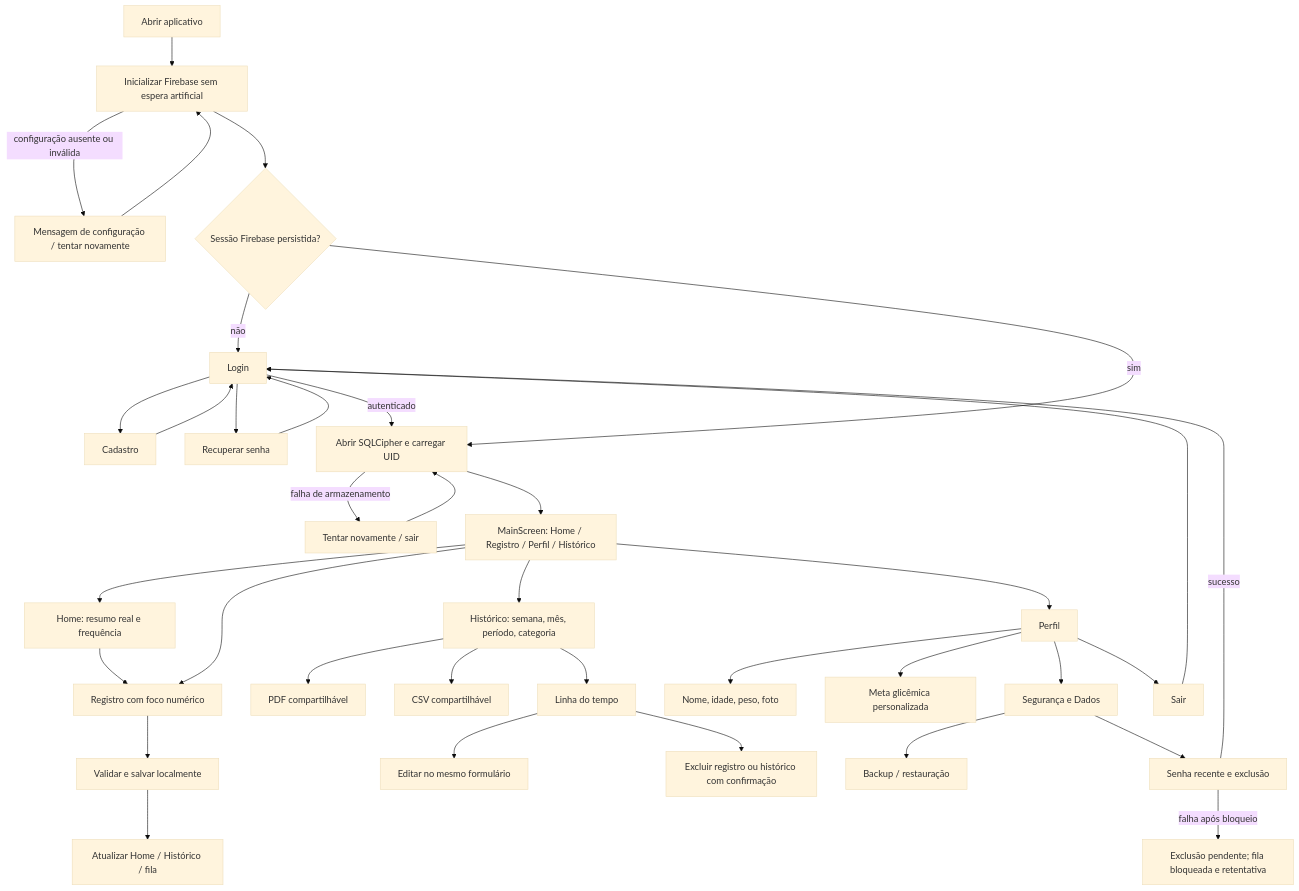
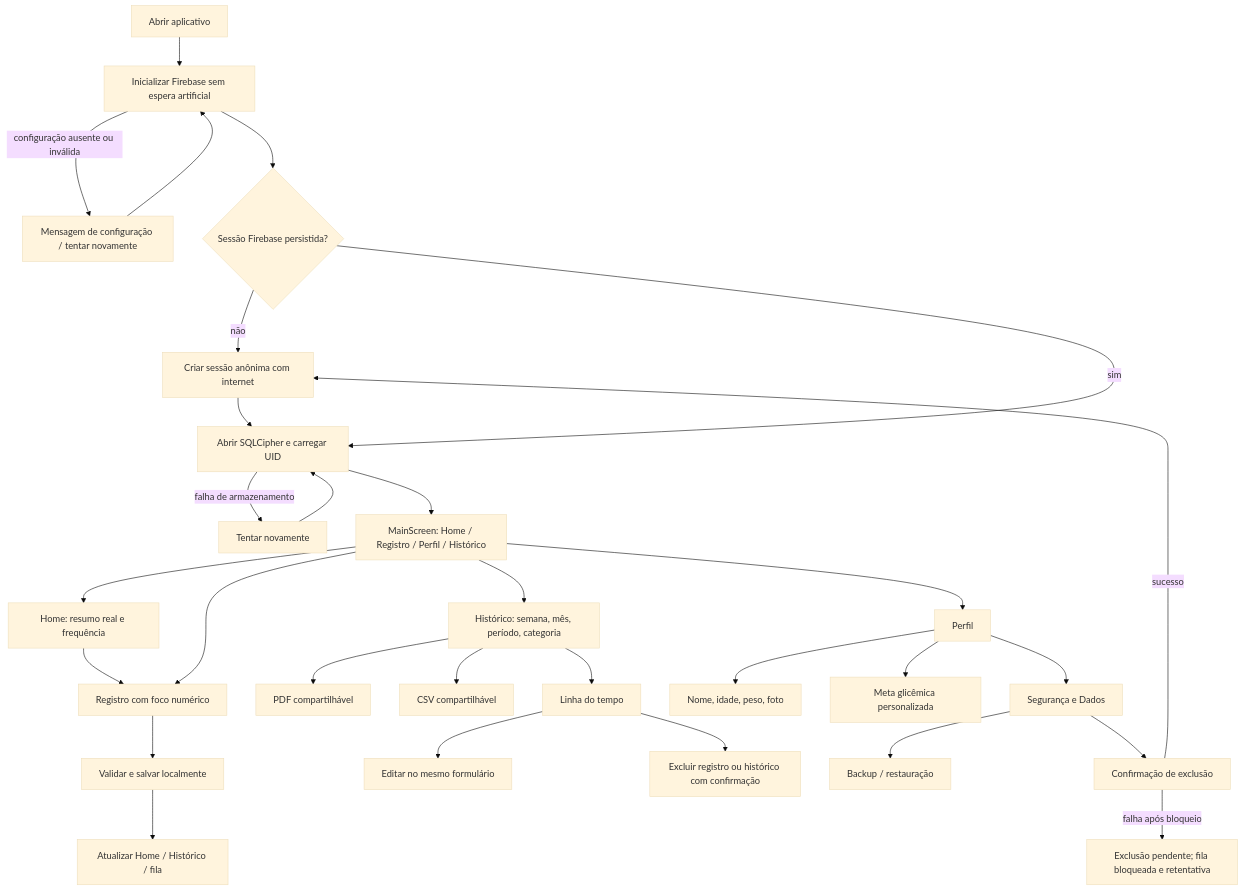
Before and after one commit to Lauroaugst/GlicoTrack: the second of 2 diagrams in docs/fluxos-unidade-ii.md, drawn with Mermaid (base theme). The commit also changed other lines of this file and 20 other files, not shown here.

````diff
--- a/docs/fluxos-unidade-ii.md
+++ b/docs/fluxos-unidade-ii.md
@@ -30,38 +30,32 @@
 ```mermaid
 flowchart TD
   inicio[Abrir aplicativo] --> boot[Inicializar Firebase sem espera artificial]
   boot -->|configuração ausente ou inválida| configurar[Mensagem de configuração / tentar novamente]
   configurar --> boot
   boot --> sessao{Sessão Firebase persistida?}
-  sessao -->|não| login[Login]
-  login --> cadastro[Cadastro]
-  login --> recuperar[Recuperar senha]
-  cadastro --> login
-  recuperar --> login
-  login -->|autenticado| local[Abrir SQLCipher e carregar UID]
+  sessao -->|não| anonima[Criar sessão anônima com internet]
+  anonima --> local[Abrir SQLCipher e carregar UID]
   sessao -->|sim| local
-  local -->|falha de armazenamento| tentar[Tentar novamente / sair]
+  local -->|falha de armazenamento| tentar[Tentar novamente]
   tentar --> local
   local --> abas[MainScreen: Home / Registro / Perfil / Histórico]
   abas --> home[Home: resumo real e frequência]
   home --> registro[Registro com foco numérico]
   abas --> registro
   registro --> salvo[Validar e salvar localmente]
   salvo --> dados[Atualizar Home / Histórico / fila]
   abas --> historico[Histórico: semana, mês, período, categoria]
   historico --> pdf[PDF compartilhável]
   historico --> csv[CSV compartilhável]
   historico --> timeline[Linha do tempo]
   timeline --> editar[Editar no mesmo formulário]
   timeline --> remover[Excluir registro ou histórico com confirmação]
   abas --> perfil[Perfil]
   perfil --> pessoais[Nome, idade, peso, foto]
   perfil --> faixa[Meta glicêmica personalizada]
   perfil --> seguranca[Segurança e Dados]
   seguranca --> backup[Backup / restauração]
-  seguranca --> exclusao[Senha recente e exclusão]
-  perfil --> sair[Sair]
-  sair --> login
-  exclusao -->|sucesso| login
+  seguranca --> exclusao[Confirmação de exclusão]
+  exclusao -->|sucesso| anonima
   exclusao -->|falha após bloqueio| pendente[Exclusão pendente; fila bloqueada e retentativa]
 ```
````
